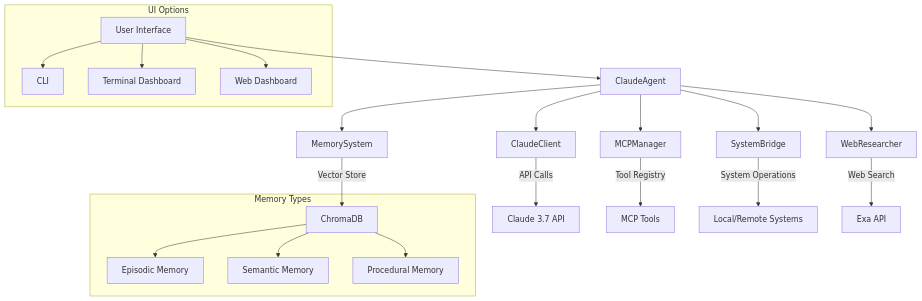
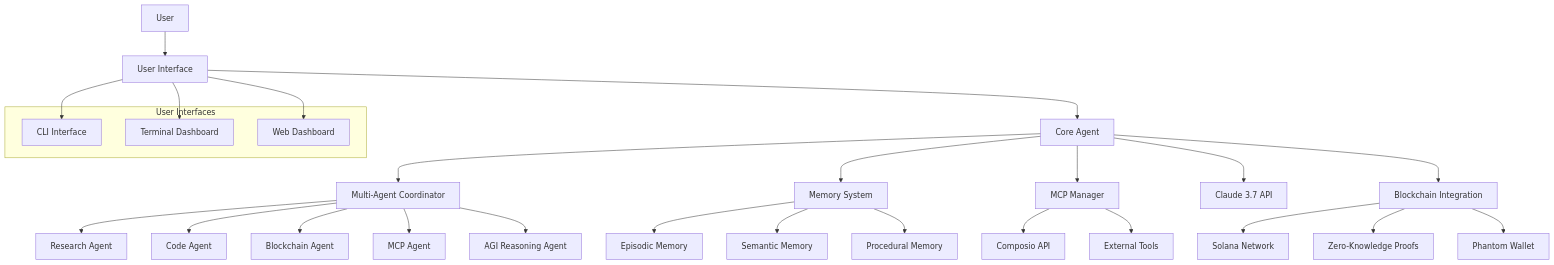
The first of 2 diagrams in README.md (kabrony/claude-agent-mcp), drawn with Mermaid before and after one commit. The commit also changed other lines of this file, not shown here.

````diff
--- a/README.md
+++ b/README.md
@@ -20,27 +22,38 @@
 ```mermaid
 graph TD
-    A[User Interface] --> B[ClaudeAgent]
-    B --> C[ClaudeClient]
-    B --> D[MemorySystem]
-    B --> E[MCPManager]
-    B --> F[SystemBridge]
-    B --> G[WebResearcher]
+    User[User] --> UI[User Interface]
+    UI --> Agent[Core Agent]
     
-    C -->|API Calls| H[Claude 3.7 API]
-    D -->|Vector Store| I[ChromaDB]
-    E -->|Tool Registry| J[MCP Tools]
-    F -->|System Operations| K[Local/Remote Systems]
-    G -->|Web Search| L[Exa API]
+    Agent --> MultiAgent[Multi-Agent Coordinator]
+    Agent --> Memory[Memory System]
+    Agent --> MCP[MCP Manager]
     
-    subgraph Memory Types
-        I --> M[Episodic Memory]
-        I --> N[Semantic Memory]
-        I --> O[Procedural Memory]
+    MultiAgent --> ResearchAgent[Research Agent]
+    MultiAgent --> CodeAgent[Code Agent]
+    MultiAgent --> BlockchainAgent[Blockchain Agent]
+    MultiAgent --> MCPAgent[MCP Agent]
+    MultiAgent --> AGIAgent[AGI Reasoning Agent]
+    
+    MCP --> ComposioAPI[Composio API]
+    MCP --> ExternalTools[External Tools]
+    
+    Agent --> Claude[Claude 3.7 API]
+    Agent --> Blockchain[Blockchain Integration]
+    Blockchain --> Solana[Solana Network]
+    Blockchain --> ZK[Zero-Knowledge Proofs]
+    Blockchain --> Phantom[Phantom Wallet]
+    
+    Memory --> EpisodicMem[Episodic Memory]
+    Memory --> SemanticMem[Semantic Memory]
+    Memory --> ProceduralMem[Procedural Memory]
+    
+    subgraph "User Interfaces"
+        CLI[CLI Interface]
+        TUI[Terminal Dashboard]
+        WebUI[Web Dashboard]
     end
     
-    subgraph UI Options
-        A --> P[CLI]
-        A --> Q[Terminal Dashboard]
-        A --> R[Web Dashboard]
-    end
+    UI --> CLI
+    UI --> TUI
+    UI --> WebUI
 ```
````
